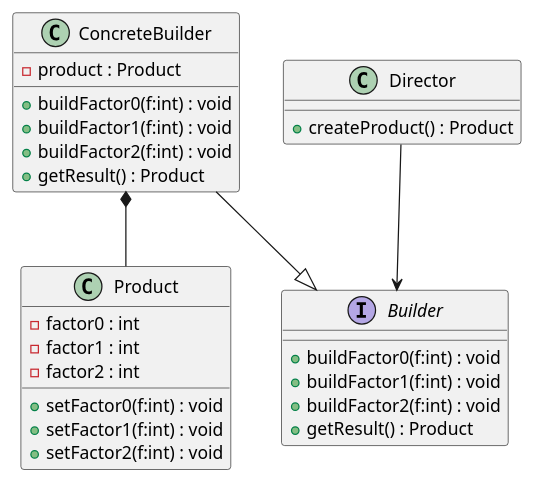
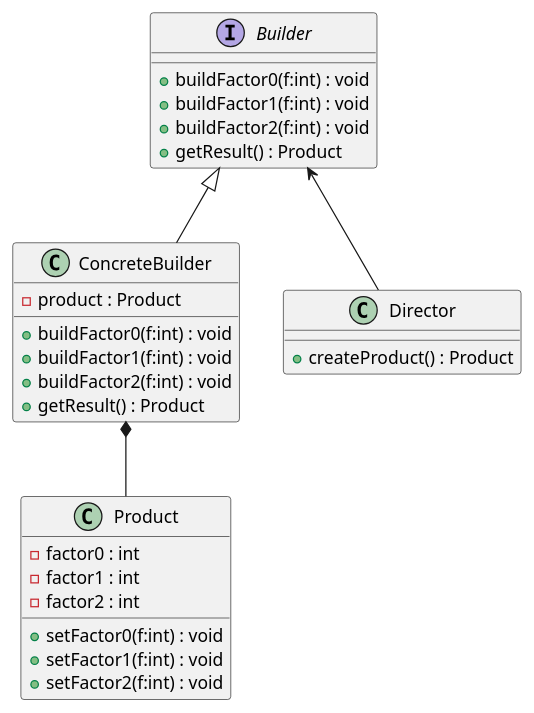
Before and after one commit to Hyuntae-Lee/DesignPattern: the first of 2 diagrams in DesignPattern/builder.puml, drawn with PlantUML. The commit also changed 18 other files, not shown here.

```diff
--- a/DesignPattern/builder.puml
+++ b/DesignPattern/builder.puml
@@ -1,36 +1,37 @@
 @startuml class
 
 class Product {
     -factor0 : int
     -factor1 : int
     -factor2 : int
     +setFactor0(f:int) : void
     +setFactor1(f:int) : void
     +setFactor2(f:int) : void
 }
 
 interface Builder {
     +buildFactor0(f:int) : void
     +buildFactor1(f:int) : void
     +buildFactor2(f:int) : void
     +getResult() : Product
 }
 
 class ConcreteBuilder {
     -product : Product
     +buildFactor0(f:int) : void
     +buildFactor1(f:int) : void
     +buildFactor2(f:int) : void
     +getResult() : Product
 }
 
 class Director {
     +createProduct() : Product
 }
 
 ' relation
-ConcreteBuilder --|> Builder
+Builder <-- Director
+Builder <|-- ConcreteBuilder
 ConcreteBuilder *-- Product
-Director --> Builder
+
 
 @enduml
```
